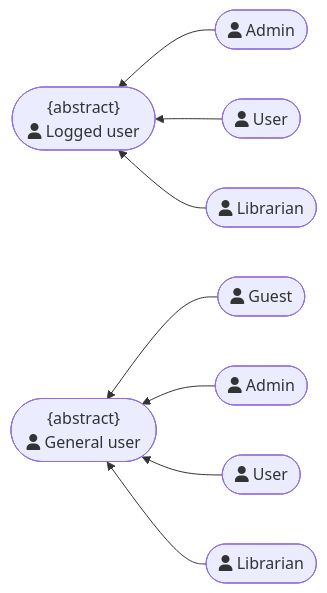
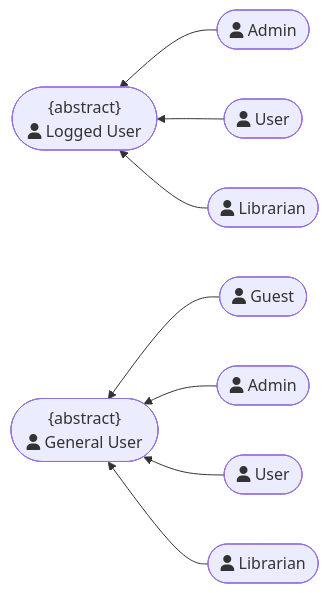
One commit to DuyNhat1705/AmeThyst-Library changed the first of 9 diagrams in docs/management/PA3/Use-CaseDiagram.md. Above: the diagram before and after it, drawn with Mermaid. The commit also changed other lines of this file and 67 other files, not shown here.

Commit message:
update the Usecase specification and diagram

````diff
--- a/docs/management/PA3/Use-CaseDiagram.md
+++ b/docs/management/PA3/Use-CaseDiagram.md
@@ -27,26 +25,26 @@
 ```mermaid
 flowchart RL
-    L1(["<center>{abstract} <br> fa:fa-user Logged user</center>"])
+    L1(["<center>{abstract} <br> fa:fa-user Logged User</center>"])
 
     L2_1([fa:fa-user Admin])
     L2_2([fa:fa-user User])
     L2_3([fa:fa-user Librarian])
 
-    L3(["<center>{abstract} <br> fa:fa-user General user</center>"])
+    L3(["<center>{abstract} <br> fa:fa-user General User</center>"])
 
     L4_1([fa:fa-user Guest])
     L4_2([fa:fa-user Admin])
     L4_3([fa:fa-user User])
     L4_4([fa:fa-user Librarian])
 
     L2_1 --> L1
     L2_2 --> L1
     L2_3 --> L1
  
     L4_1 --> L3
     L4_2 --> L3
     L4_3 --> L3
     L4_4 --> L3
 
     
 ```
````
